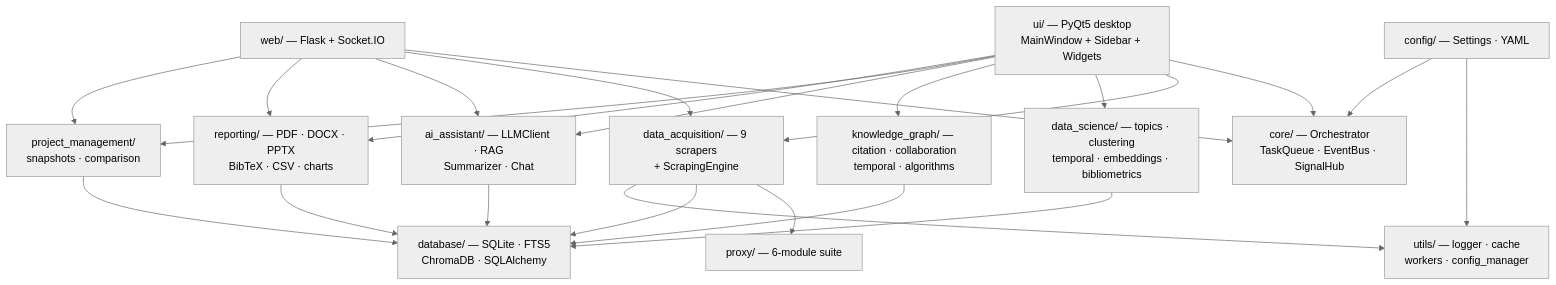
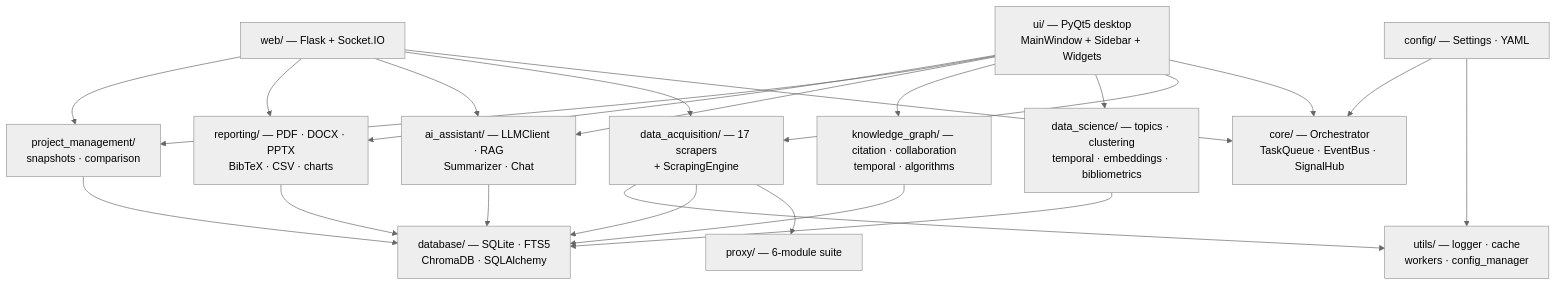
One commit to thelonecoders/Sophidan changed the diagram in README.md. Above: the diagram before and after it, drawn with Mermaid (neutral theme). The commit also changed other lines of this file and 25 other files, not shown here.

````diff
--- a/README.md
+++ b/README.md
@@ -1114,39 +1134,39 @@
 ```mermaid
 graph TD
     UI["ui/ — PyQt5 desktop<br/>MainWindow + Sidebar + Widgets"]
     WEB["web/ — Flask + Socket.IO"]
     CORE["core/ — Orchestrator<br/>TaskQueue · EventBus · SignalHub"]
-    DAQ["data_acquisition/ — 9 scrapers<br/>+ ScrapingEngine"]
+    DAQ["data_acquisition/ — 17 scrapers<br/>+ ScrapingEngine"]
     PROXY["proxy/ — 6-module suite"]
     DS["data_science/ — topics · clustering<br/>temporal · embeddings · bibliometrics"]
     KG["knowledge_graph/ — citation · collaboration<br/>temporal · algorithms"]
     AI["ai_assistant/ — LLMClient · RAG<br/>Summarizer · Chat"]
     REP["reporting/ — PDF · DOCX · PPTX<br/>BibTeX · CSV · charts"]
     PM["project_management/<br/>snapshots · comparison"]
     DB["database/ — SQLite · FTS5<br/>ChromaDB · SQLAlchemy"]
     CFG["config/ — Settings · YAML"]
     UTIL["utils/ — logger · cache<br/>workers · config_manager"]
 
     CFG --> UTIL
     CFG --> CORE
     UI --> CORE
     UI --> DAQ
     UI --> DS
     UI --> KG
     UI --> AI
     UI --> PM
     UI --> REP
     WEB --> CORE
     WEB --> DAQ
     WEB --> AI
     WEB --> REP
     WEB --> PM
     DAQ --> PROXY
     DAQ --> DB
     DAQ --> UTIL
     DS --> DB
     KG --> DB
     AI --> DB
     REP --> DB
     PM --> DB
 ```
````
